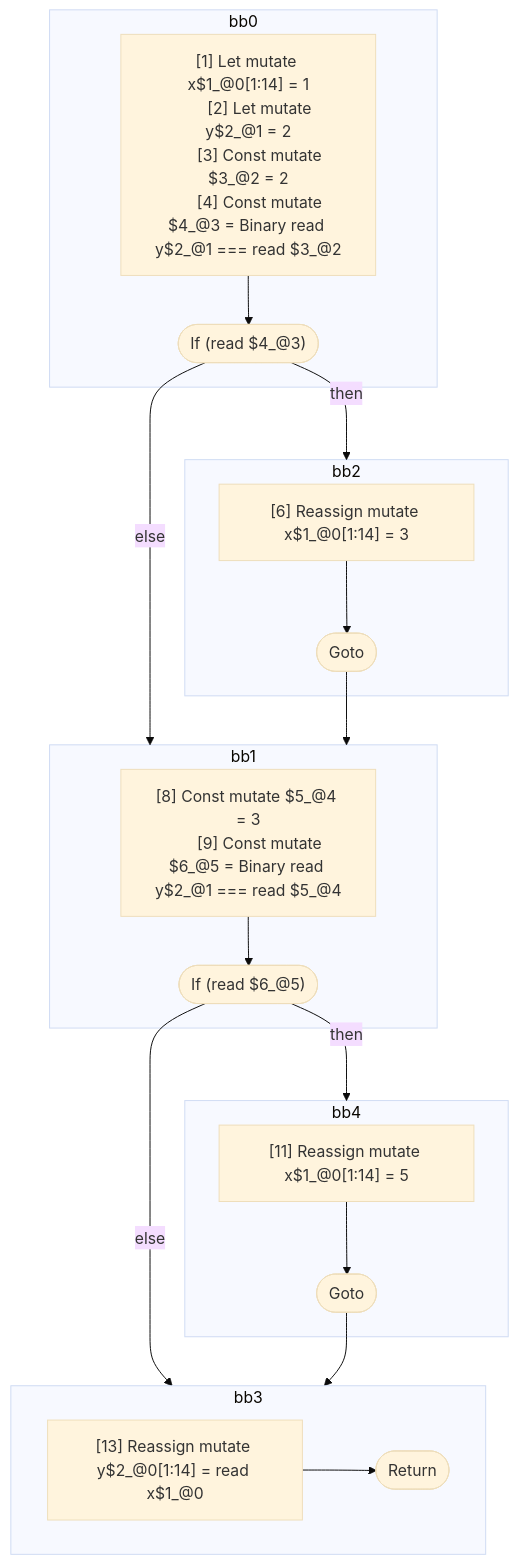
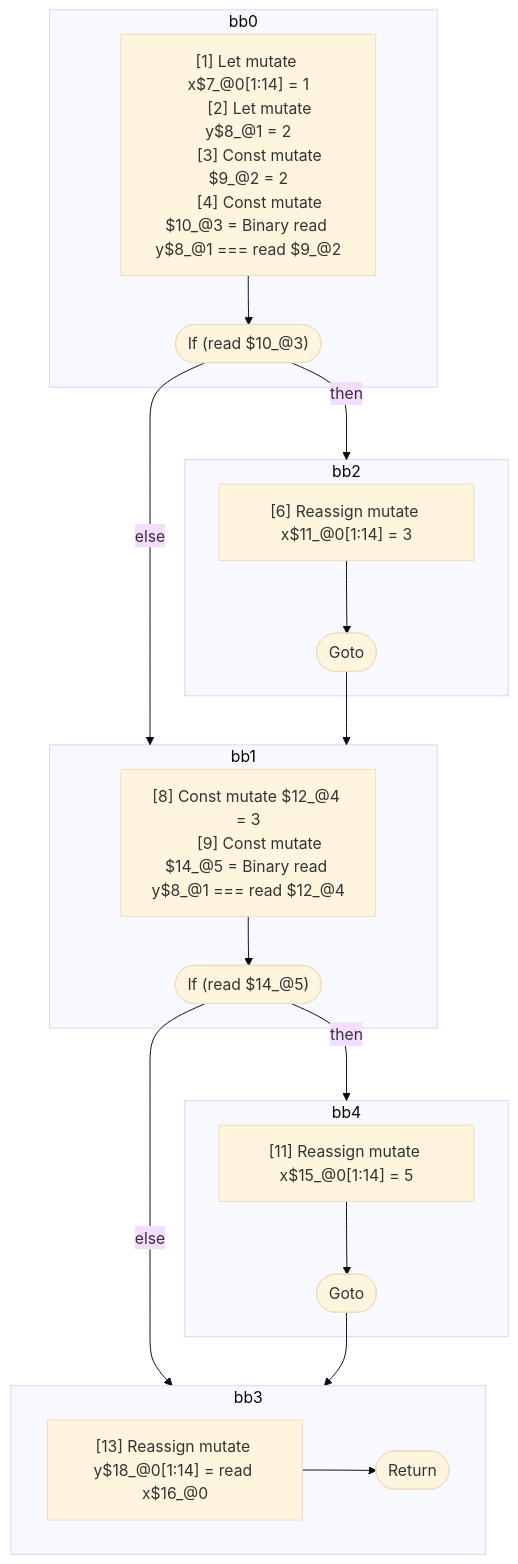
Before and after one commit to wutsmog/private: the diagram in compiler/forget/src/__tests__/fixtures/hir/ssa-complex-multiple-if.expect.md, drawn with Mermaid (base theme). The commit also changed other lines of this file and 59 other files, not shown here.

````diff
--- a/compiler/forget/src/__tests__/fixtures/hir/ssa-complex-multiple-if.expect.md
+++ b/compiler/forget/src/__tests__/fixtures/hir/ssa-complex-multiple-if.expect.md
@@ -50,47 +52,47 @@
 ```mermaid
 flowchart TB
   %% Basic Blocks
   subgraph bb0
     bb0_instrs["
-      [1] Let mutate x$1_@0[1:14] = 1
-      [2] Let mutate y$2_@1 = 2
-      [3] Const mutate $3_@2 = 2
-      [4] Const mutate $4_@3 = Binary read y$2_@1 === read $3_@2
+      [1] Let mutate x$7_@0[1:14] = 1
+      [2] Let mutate y$8_@1 = 2
+      [3] Const mutate $9_@2 = 2
+      [4] Const mutate $10_@3 = Binary read y$8_@1 === read $9_@2
     "]
-    bb0_instrs --> bb0_terminal(["If (read $4_@3)"])
+    bb0_instrs --> bb0_terminal(["If (read $10_@3)"])
   end
   subgraph bb2
     bb2_instrs["
-      [6] Reassign mutate x$1_@0[1:14] = 3
+      [6] Reassign mutate x$11_@0[1:14] = 3
     "]
     bb2_instrs --> bb2_terminal(["Goto"])
   end
   subgraph bb1
     bb1_instrs["
-      [8] Const mutate $5_@4 = 3
-      [9] Const mutate $6_@5 = Binary read y$2_@1 === read $5_@4
+      [8] Const mutate $12_@4 = 3
+      [9] Const mutate $14_@5 = Binary read y$8_@1 === read $12_@4
     "]
-    bb1_instrs --> bb1_terminal(["If (read $6_@5)"])
+    bb1_instrs --> bb1_terminal(["If (read $14_@5)"])
   end
   subgraph bb4
     bb4_instrs["
-      [11] Reassign mutate x$1_@0[1:14] = 5
+      [11] Reassign mutate x$15_@0[1:14] = 5
     "]
     bb4_instrs --> bb4_terminal(["Goto"])
   end
   subgraph bb3
     bb3_instrs["
-      [13] Reassign mutate y$2_@0[1:14] = read x$1_@0
+      [13] Reassign mutate y$18_@0[1:14] = read x$16_@0
     "]
     bb3_instrs --> bb3_terminal(["Return"])
   end
 
   %% Jumps
   bb0_terminal -- "then" --> bb2
   bb0_terminal -- "else" --> bb1
   bb2_terminal --> bb1
   bb1_terminal -- "then" --> bb4
   bb1_terminal -- "else" --> bb3
   bb4_terminal --> bb3
 
 ```
````
